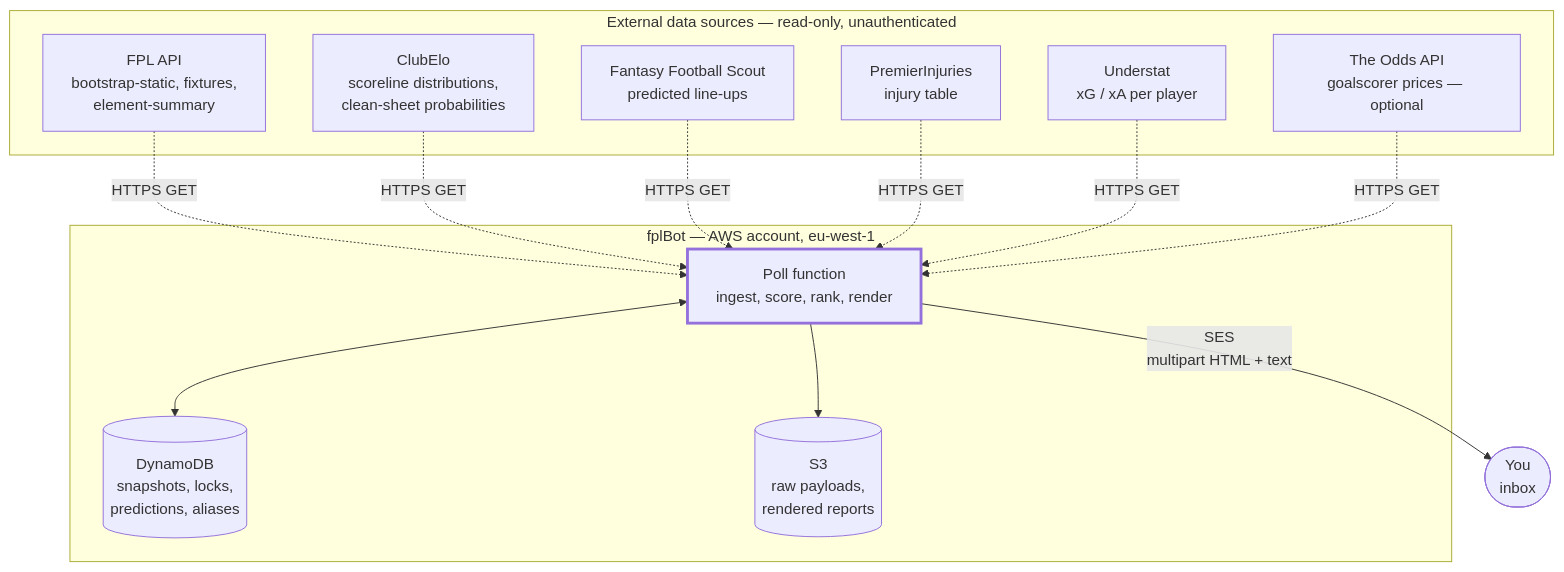
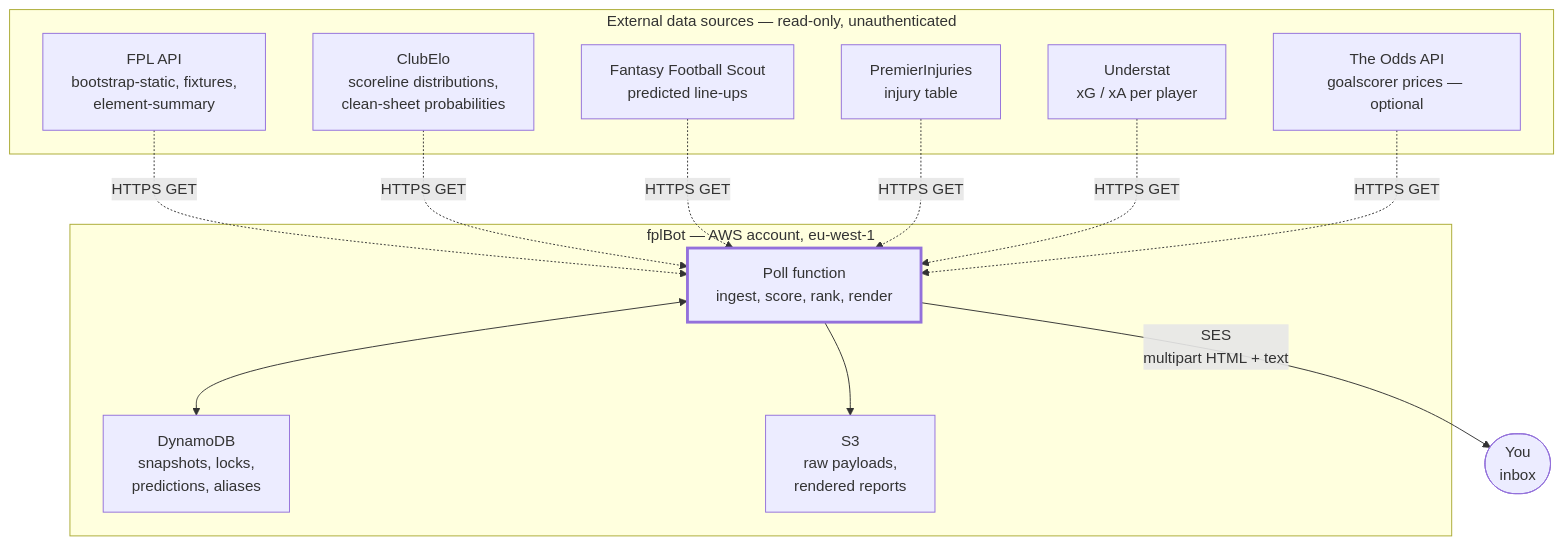
One commit to MasonGallagher/FplBot changed the fifth of 12 diagrams in docs/DIAGRAMS.md. Above: the diagram before and after it, drawn with Mermaid. The commit also changed other lines of this file, not shown here.

First line of the commit message:
docs: fix the real cause of diagram text overflowing its shape

````diff
--- a/docs/DIAGRAMS.md
+++ b/docs/DIAGRAMS.md
@@ -154,27 +154,27 @@
 ```mermaid
 flowchart TB
     subgraph ext["External data sources — read-only, unauthenticated"]
         FPL["FPL API<br/>bootstrap-static, fixtures,<br/>element-summary"]
         ELO["ClubElo<br/>scoreline distributions,<br/>clean-sheet probabilities"]
         FFS["Fantasy Football Scout<br/>predicted line-ups"]
         PI["PremierInjuries<br/>injury table"]
         UND["Understat<br/>xG / xA per player"]
         ODDS["The Odds API<br/>goalscorer prices — optional"]
     end
 
     subgraph aws["fplBot — AWS account, eu-west-1"]
         LAMBDA["Poll function<br/>ingest, score, rank, render"]
-        STORE[("DynamoDB<br/>snapshots, locks,<br/>predictions, aliases")]
-        ARCHIVE[("S3<br/>raw payloads,<br/>rendered reports")]
+        STORE["DynamoDB<br/>snapshots, locks,<br/>predictions, aliases"]
+        ARCHIVE["S3<br/>raw payloads,<br/>rendered reports"]
     end
 
     USER(["You<br/>inbox"])
 
     FPL & ELO & FFS & PI & UND & ODDS -.->|"HTTPS GET"| LAMBDA
     LAMBDA <--> STORE
     LAMBDA --> ARCHIVE
     LAMBDA -->|"SES<br/>multipart HTML + text"| USER
 
     classDef emphasis stroke-width:3px
     class LAMBDA emphasis
 ```
````
